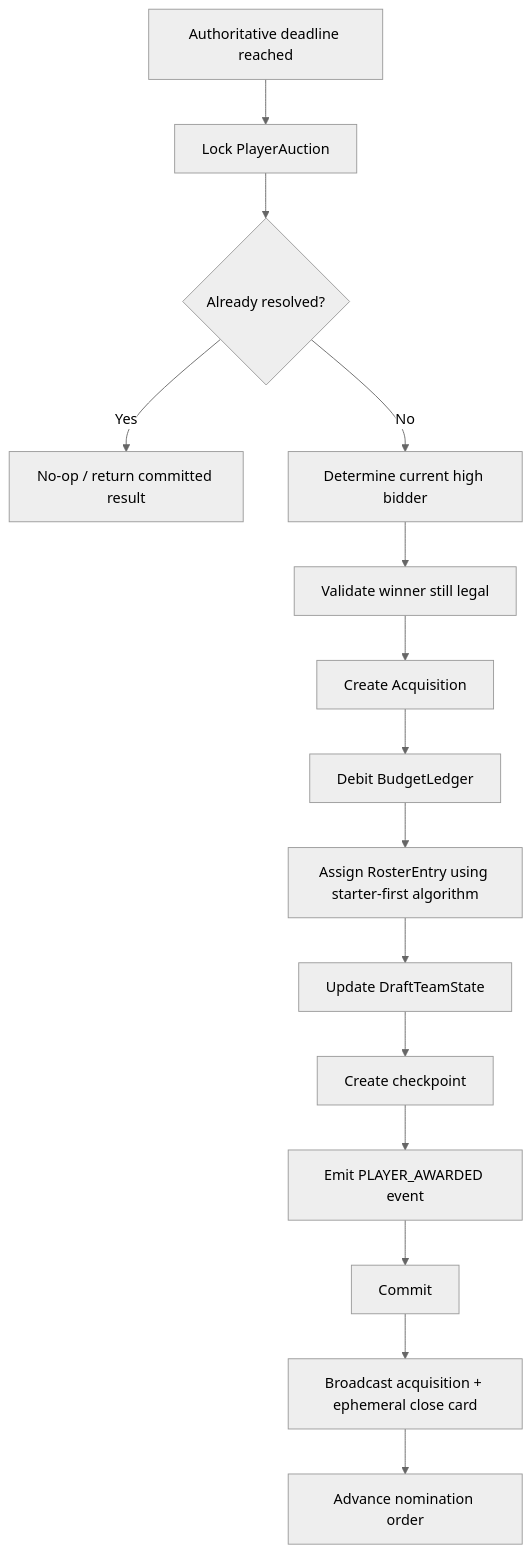
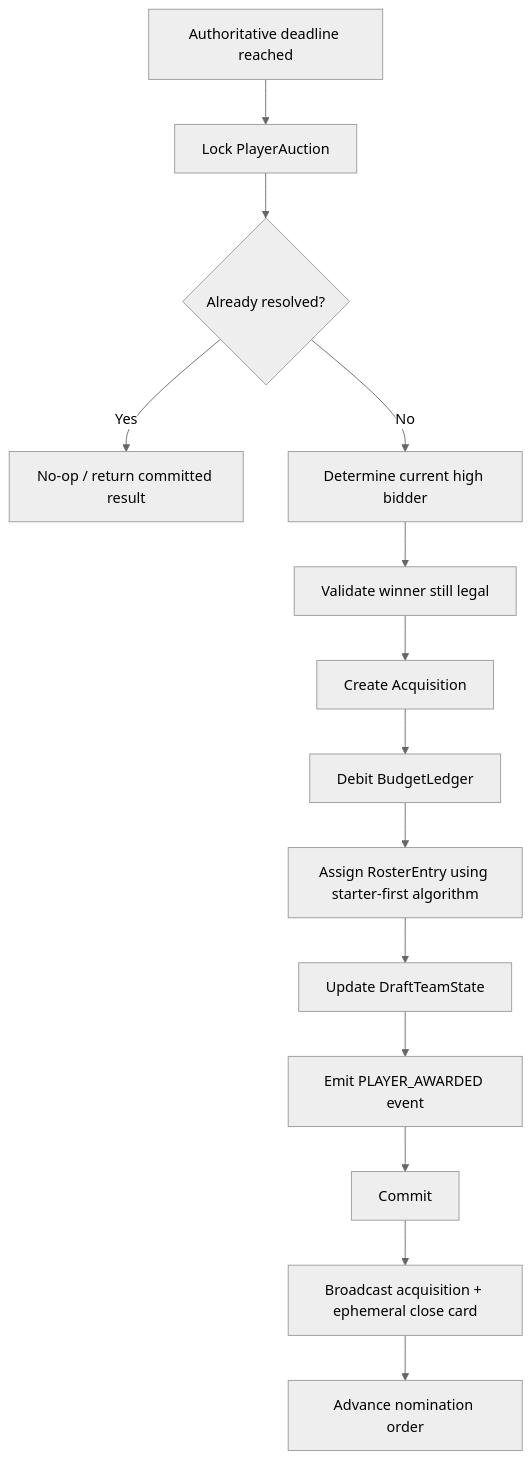
The sixth of 18 diagrams in state-machine-flows.md (maccorless/Draft), drawn with Mermaid (neutral theme) before and after one commit. The commit also changed other lines of this file and 5 other files, not shown here.

````diff
--- a/state-machine-flows.md
+++ b/state-machine-flows.md
@@ -204,17 +204,16 @@
 ```mermaid
 flowchart TD
     A[Authoritative deadline reached] --> B[Lock PlayerAuction]
     B --> C{Already resolved?}
     C -->|Yes| X[No-op / return committed result]
     C -->|No| D[Determine current high bidder]
     D --> E[Validate winner still legal]
     E --> F[Create Acquisition]
     F --> G[Debit BudgetLedger]
     G --> H[Assign RosterEntry using starter-first algorithm]
     H --> I[Update DraftTeamState]
-    I --> J[Create checkpoint]
-    J --> K[Emit PLAYER_AWARDED event]
+    I --> K[Emit PLAYER_AWARDED event]
     K --> L[Commit]
     L --> M[Broadcast acquisition + ephemeral close card]
     M --> N[Advance nomination order]
 ```
````
